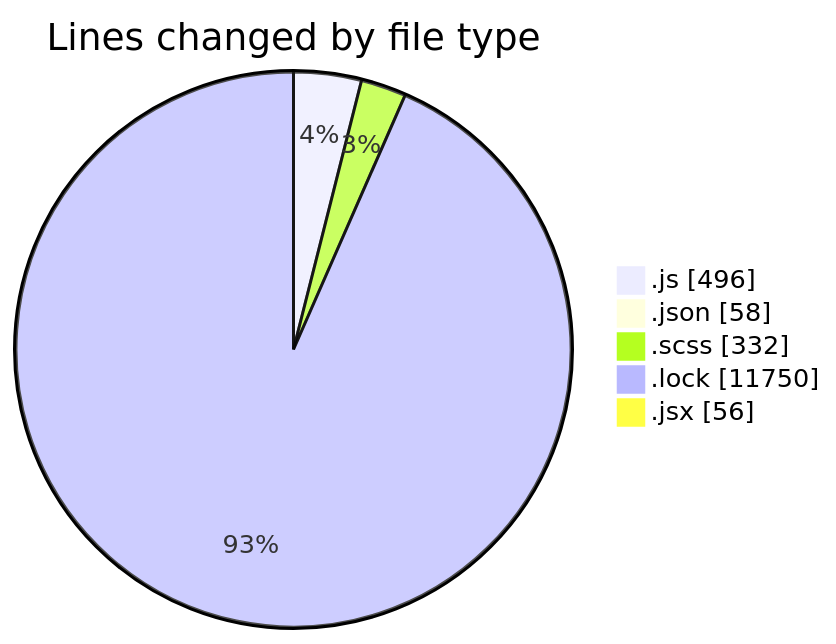
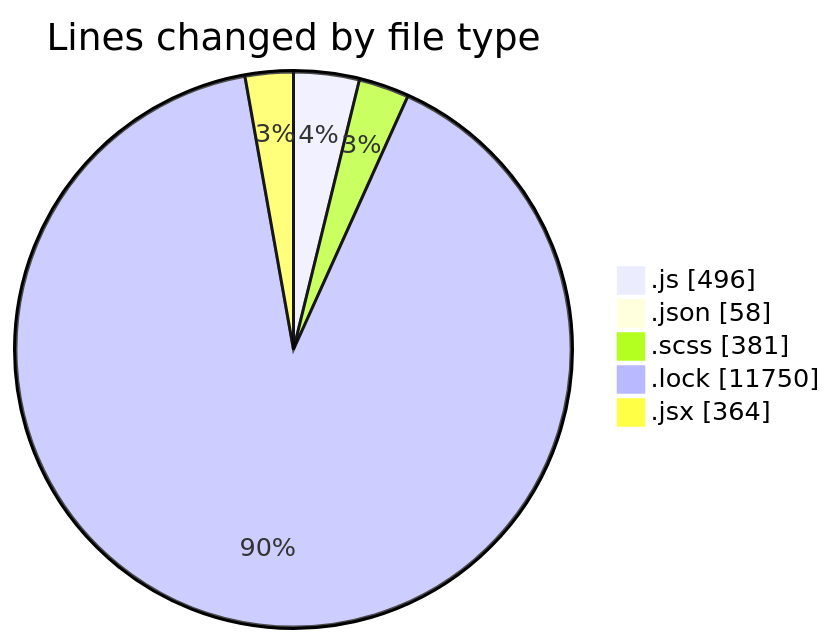
One commit to momahboobian/code-tracking changed the first of 2 diagrams in 2026-01-08/cda/README.md. Above: the diagram before and after it, drawn with Mermaid. The commit also changed other lines of this file and 1 other file, not shown here.

````diff
--- a/2026-01-08/cda/README.md
+++ b/2026-01-08/cda/README.md
@@ -34,9 +37,9 @@
 ```mermaid
 pie showData
 title Lines changed by file type
 ".js" : 496
 ".json" : 58
-".scss" : 332
+".scss" : 381
 ".lock" : 11750
-".jsx" : 56
+".jsx" : 364
 ```
````
